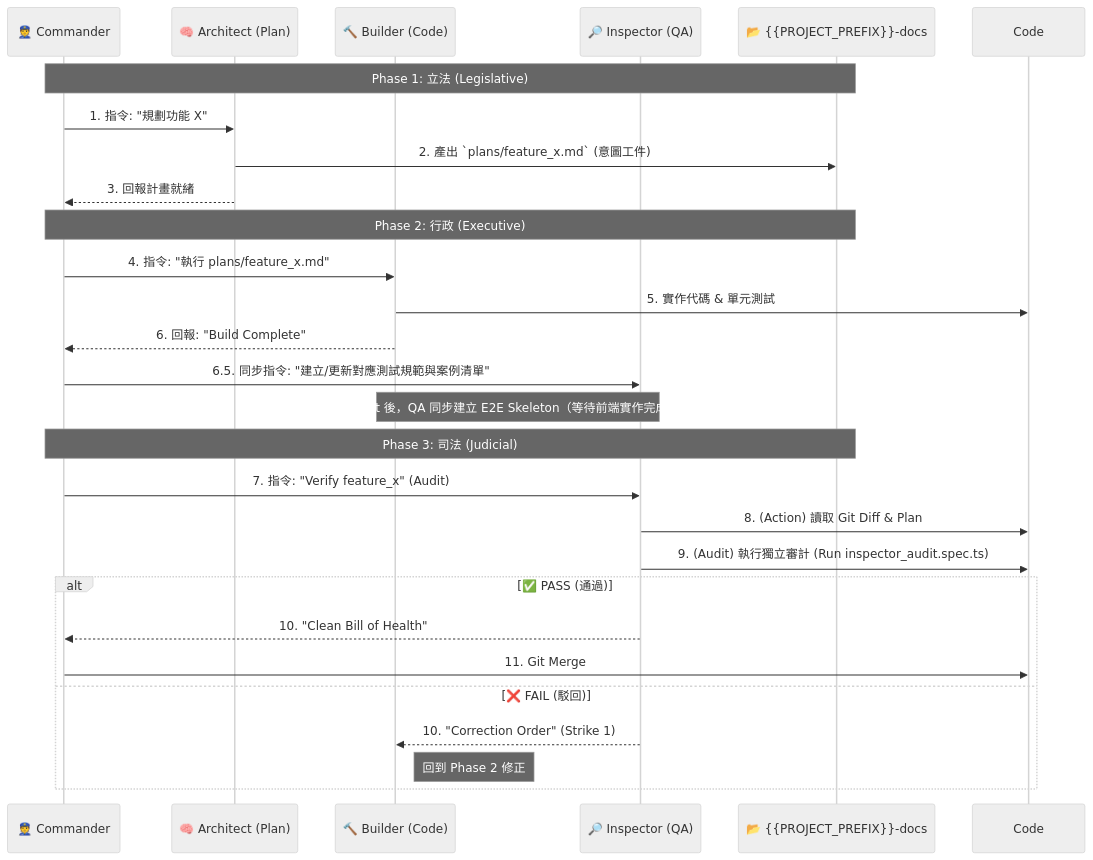
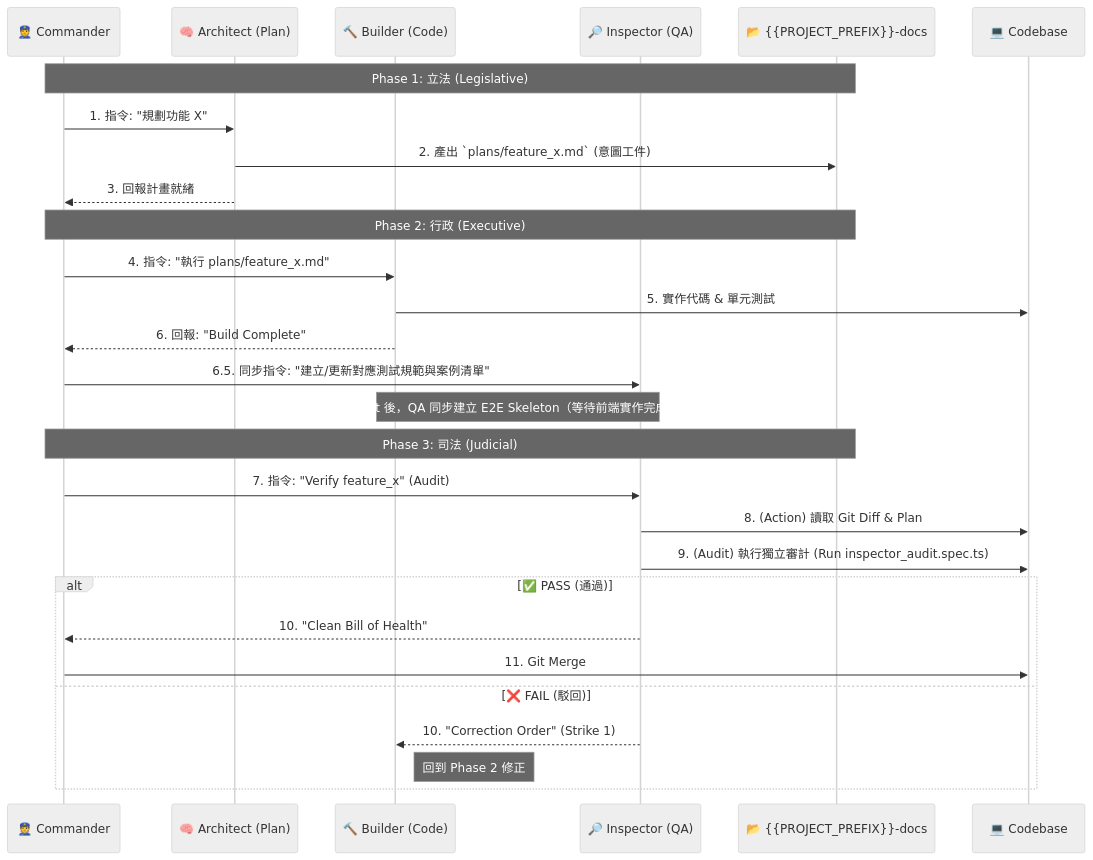
The diagram in AI_COMMAND_CENTER.md (ai-asset-architecture/aaa-tpl-docs), drawn with Mermaid (neutral theme) before and after one commit. The commit also changed other lines of this file and 1 other file, not shown here.

````diff
--- a/AI_COMMAND_CENTER.md
+++ b/AI_COMMAND_CENTER.md
@@ -51,34 +59,35 @@
 ```mermaid
 sequenceDiagram
     participant C as 👮 Commander
     participant A as 🧠 Architect (Plan)
     participant B as 🔨 Builder (Code)
     participant I as 🔎 Inspector (QA)
     participant D as 📂 {{PROJECT_PREFIX}}-docs
+    participant Code as 💻 Codebase
 
     Note over C, D: Phase 1: 立法 (Legislative)
     C->>A: 1. 指令: "規劃功能 X"
     A->>D: 2. 產出 `plans/feature_x.md` (意圖工件)
     A-->>C: 3. 回報計畫就緒
 
     Note over C, D: Phase 2: 行政 (Executive)
     C->>B: 4. 指令: "執行 plans/feature_x.md"
     B->>Code: 5. 實作代碼 & 單元測試
     B-->>C: 6. 回報: "Build Complete"
     C->>I: 6.5. 同步指令: "建立/更新對應測試規範與案例清單"
     Note over B, I: Mock-first 後，QA 同步建立 E2E Skeleton（等待前端實作完成即能跑）
 
     Note over C, D: Phase 3: 司法 (Judicial)
     C->>I: 7. 指令: "Verify feature_x" (Audit)
     I->>Code: 8. (Action) 讀取 Git Diff & Plan
     I->>Code: 9. (Audit) 執行獨立審計 (Run inspector_audit.spec.ts)
     
     alt ✅ PASS (通過)
         I-->>C: 10. "Clean Bill of Health"
         C->>Code: 11. Git Merge
     else ❌ FAIL (駁回)
         I-->>B: 10. "Correction Order" (Strike 1)
         Note right of B: 回到 Phase 2 修正
     end
 
 ```
````
